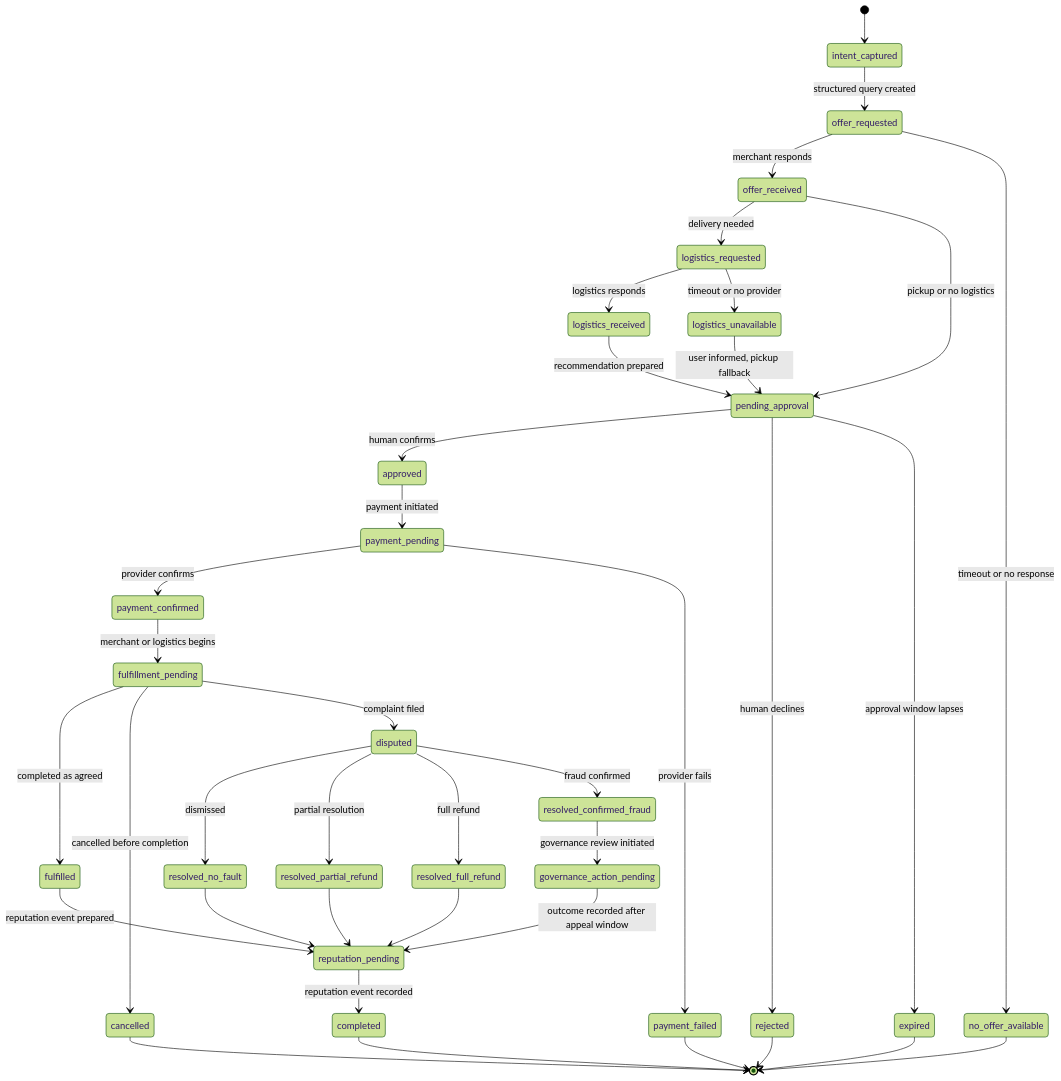
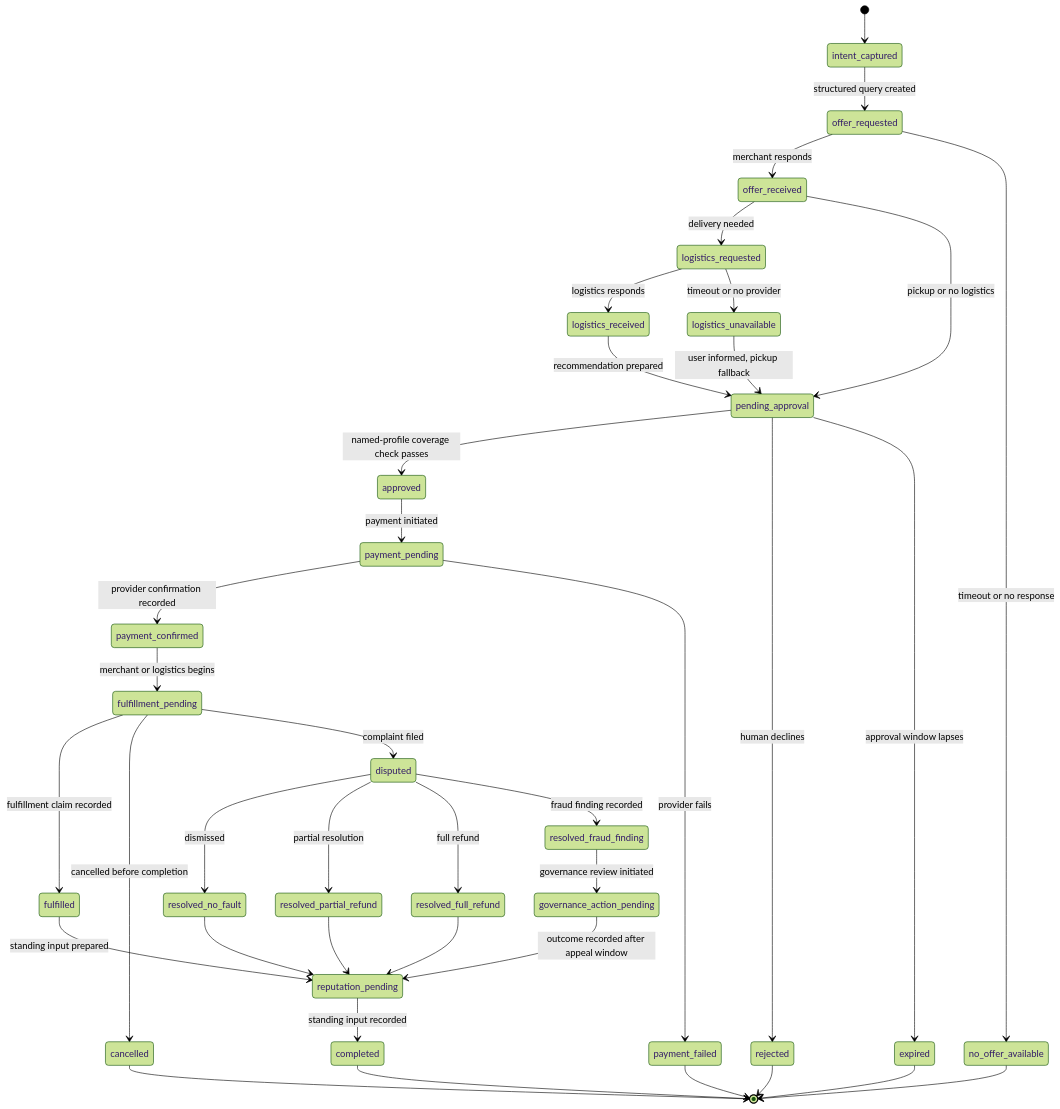
Before and after one commit to shuu-beep/arc-protocol: the diagram in diagrams/transaction-lifecycle.md, drawn with Mermaid (forest theme). The commit also changed other lines of this file and 82 other files, not shown here.

````diff
--- a/diagrams/transaction-lifecycle.md
+++ b/diagrams/transaction-lifecycle.md
@@ -8,51 +9,51 @@
 ```mermaid
 stateDiagram-v2
     [*] --> intent_captured
 
     intent_captured --> offer_requested : structured query created
     offer_requested --> offer_received : merchant responds
     offer_requested --> no_offer_available : timeout or no response
 
     offer_received --> logistics_requested : delivery needed
     offer_received --> pending_approval : pickup or no logistics
 
     logistics_requested --> logistics_received : logistics responds
     logistics_requested --> logistics_unavailable : timeout or no provider
 
     logistics_received --> pending_approval : recommendation prepared
     logistics_unavailable --> pending_approval : user informed, pickup fallback
 
-    pending_approval --> approved : human confirms
+    pending_approval --> approved : named-profile coverage check passes
     pending_approval --> rejected : human declines
     pending_approval --> expired : approval window lapses
 
     approved --> payment_pending : payment initiated
-    payment_pending --> payment_confirmed : provider confirms
+    payment_pending --> payment_confirmed : provider confirmation recorded
     payment_pending --> payment_failed : provider fails
 
     payment_confirmed --> fulfillment_pending : merchant or logistics begins
-    fulfillment_pending --> fulfilled : completed as agreed
+    fulfillment_pending --> fulfilled : fulfillment claim recorded
     fulfillment_pending --> cancelled : cancelled before completion
     fulfillment_pending --> disputed : complaint filed
 
-    fulfilled --> reputation_pending : reputation event prepared
-    reputation_pending --> completed : reputation event recorded
+    fulfilled --> reputation_pending : standing input prepared
+    reputation_pending --> completed : standing input recorded
 
     disputed --> resolved_no_fault : dismissed
     disputed --> resolved_partial_refund : partial resolution
     disputed --> resolved_full_refund : full refund
-    disputed --> resolved_confirmed_fraud : fraud confirmed
+    disputed --> resolved_fraud_finding : fraud finding recorded
 
     resolved_no_fault --> reputation_pending
     resolved_partial_refund --> reputation_pending
     resolved_full_refund --> reputation_pending
-    resolved_confirmed_fraud --> governance_action_pending : governance review initiated
+    resolved_fraud_finding --> governance_action_pending : governance review initiated
     governance_action_pending --> reputation_pending : outcome recorded after appeal window
 
     completed --> [*]
     rejected --> [*]
     expired --> [*]
     no_offer_available --> [*]
     payment_failed --> [*]
     cancelled --> [*]
 ```
````
